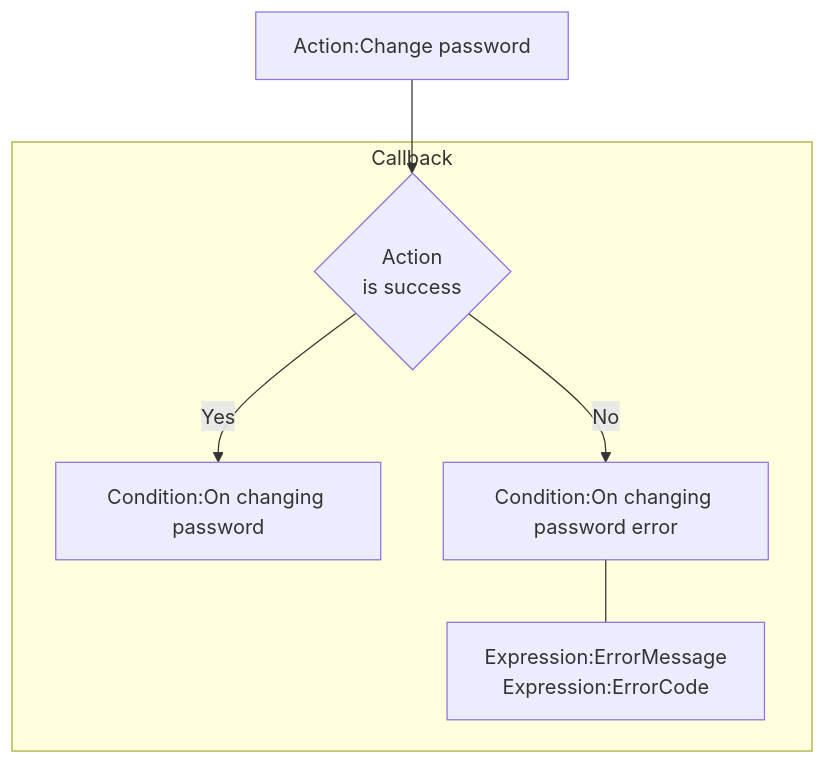
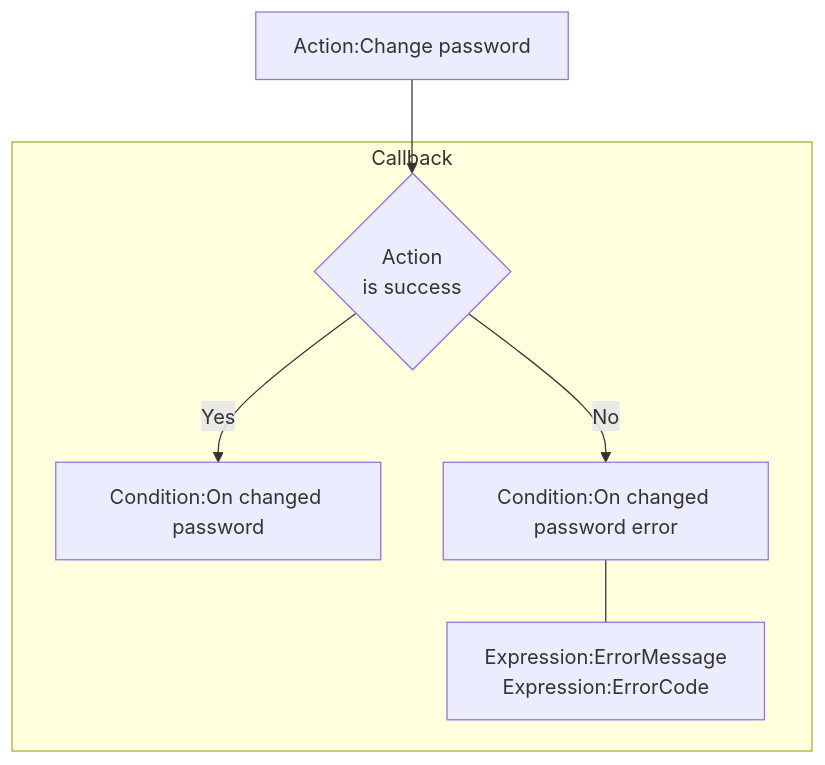
The fourth of 14 diagrams in plugins.md/rex_firebase_authentication.md (rexrainbow/C2RexDoc), drawn with Mermaid before and after one commit. The commit also changed other lines of this file and 6 other files, not shown here.

````diff
--- a/plugins.md/rex_firebase_authentication.md
+++ b/plugins.md/rex_firebase_authentication.md
@@ -96,11 +96,11 @@
 ```mermaid
 graph TB
 
 ActCreateAccount["Action:Change password"] --> ActionIsSuccess{Action<br>is success}
 
 subgraph Callback
-ActionIsSuccess --> |Yes| CondOnSuccess["Condition:On changing password"]
-ActionIsSuccess --> |No| CondOnError["Condition:On changing password error"]
+ActionIsSuccess --> |Yes| CondOnSuccess["Condition:On changed password"]
+ActionIsSuccess --> |No| CondOnError["Condition:On changed password error"]
 CondOnError --- ExpError["Expression:ErrorMessage<br>Expression:ErrorCode"]
 end
 ```
````
